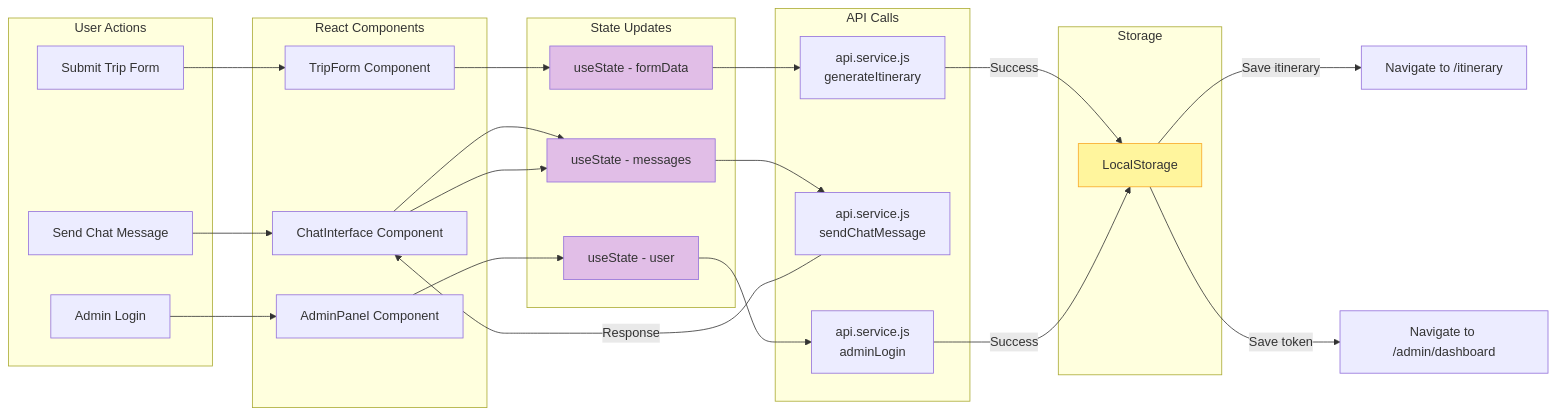
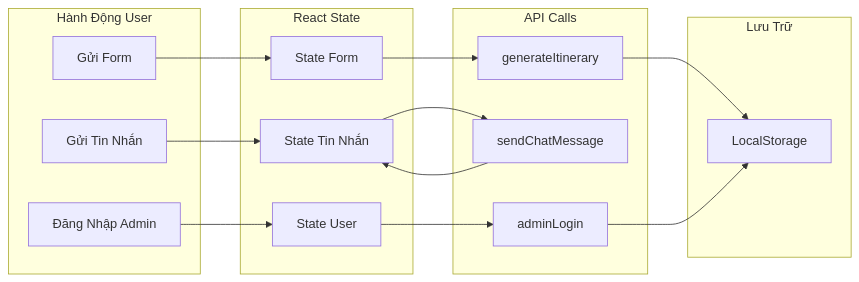
Before and after one commit to Doggie-H/Dana-Travel: the tenth of 14 diagrams in docs/ARCHITECTURE.md, drawn with Mermaid. The commit also changed other lines of this file and 2863 other files, not shown here.

Commit message:
docs: Add initial architecture documentation covering system overview, design principles, and detailed data flow diagrams.

````diff
--- a/docs/ARCHITECTURE.md
+++ b/docs/ARCHITECTURE.md
@@ -737,53 +503,28 @@
 ```mermaid
 graph LR
-    subgraph "User Actions"
-        UA1[Submit Trip Form]
-        UA2[Send Chat Message]
-        UA3[Admin Login]
+    subgraph "Hành Động User"
+        UA1[Gửi Form]
+        UA2[Gửi Tin Nhắn]
+        UA3[Đăng Nhập Admin]
     end
     
-    subgraph "React Components"
-        RC1[TripForm Component]
-        RC2[ChatInterface Component]
-        RC3[AdminPanel Component]
-    end
-    
-    subgraph "State Updates"
-        STATE1[useState - formData]
-        STATE2[useState - messages]
-        STATE3[useState - user]
+    subgraph "React State"
+        STATE1[State Form]
+        STATE2[State Tin Nhắn]
+        STATE3[State User]
     end
     
     subgraph "API Calls"
-        API1[api.service.js<br/>generateItinerary]
-        API2[api.service.js<br/>sendChatMessage]
-        API3[api.service.js<br/>adminLogin]
+        API1[generateItinerary]
+        API2[sendChatMessage]
+        API3[adminLogin]
     end
     
-    subgraph "Storage"
+    subgraph "Lưu Trữ"
         LS[LocalStorage]
     end
     
-    UA1 --> RC1
-    RC1 --> STATE1
-    STATE1 --> API1
-    API1 -->|Success| LS
-    LS -->|Save itinerary| NAV1[Navigate to /itinerary]
-    
-    UA2 --> RC2
-    RC2 --> STATE2
-    STATE2 --> API2
-    API2 -->|Response| RC2
-    RC2 --> STATE2
-    
-    UA3 --> RC3
-    RC3 --> STATE3
-    STATE3 --> API3
-    API3 -->|Success| LS
-    LS -->|Save token| NAV2[Navigate to /admin/dashboard]
-    
-    style STATE1 fill:#e1bee7
-    style STATE2 fill:#e1bee7
-    style STATE3 fill:#e1bee7
-    style LS fill:#fff59d,stroke:#f9a825
+    UA1 --> STATE1 --> API1 --> LS
+    UA2 --> STATE2 --> API2 --> STATE2
+    UA3 --> STATE3 --> API3 --> LS
 ```
````
